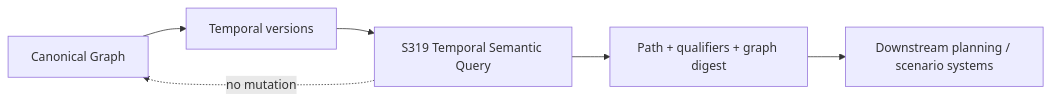
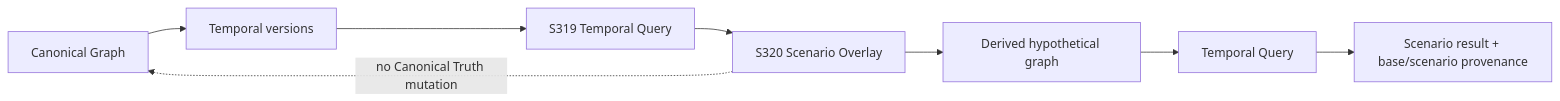
The second of 2 diagrams in docs/roadmap-post-m8.md (miumigy/scm-ontology), drawn with Mermaid before and after one commit. The commit also changed other lines of this file, not shown here.

Commit message:
docs(s320): advance roadmap to scenario overlay

````diff
--- a/docs/roadmap-post-m8.md
+++ b/docs/roadmap-post-m8.md
@@ -25,8 +25,10 @@
 ```mermaid
 flowchart LR
     CG[Canonical Graph] --> T[Temporal versions]
-    T --> Q[S319 Temporal Semantic Query]
-    Q --> P[Path + qualifiers + graph digest]
-    P --> A[Downstream planning / scenario systems]
-    Q -. no mutation .-> CG
+    T --> Q[S319 Temporal Query]
+    Q --> SC[S320 Scenario Overlay]
+    SC --> V[Derived hypothetical graph]
+    V --> Q2[Temporal Query]
+    Q2 --> R[Scenario result + base/scenario provenance]
+    SC -. no Canonical Truth mutation .-> CG
 ```
````
